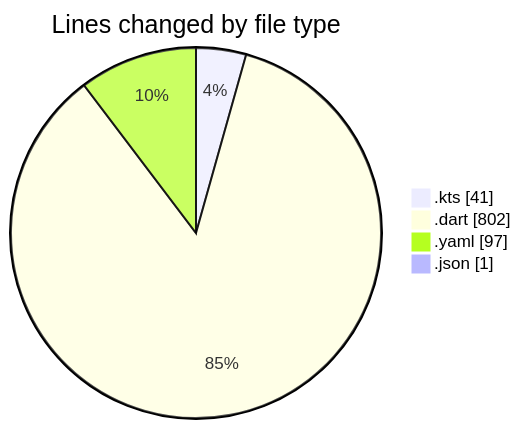
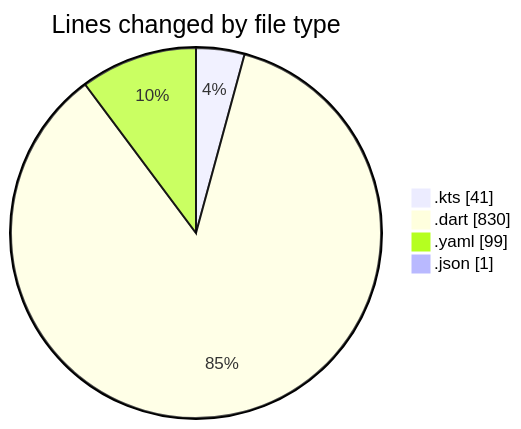
The first of 2 diagrams in 2025-10-20/weather_insights_app/README.md (donsfak/code-tracking), drawn with Mermaid before and after one commit. The commit also changed other lines of this file and 1 other file, not shown here.

````diff
--- a/2025-10-20/weather_insights_app/README.md
+++ b/2025-10-20/weather_insights_app/README.md
@@ -26,8 +26,8 @@
 ```mermaid
 pie showData
 title Lines changed by file type
 ".kts" : 41
-".dart" : 802
-".yaml" : 97
+".dart" : 830
+".yaml" : 99
 ".json" : 1
 ```
````
